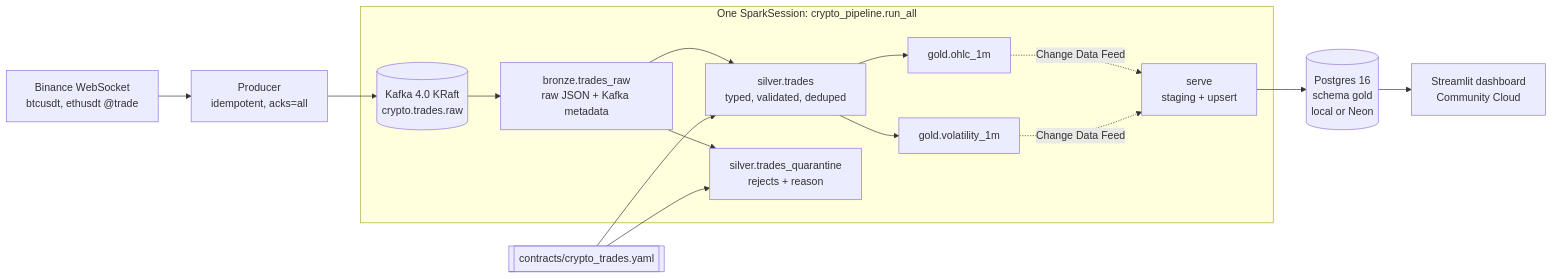
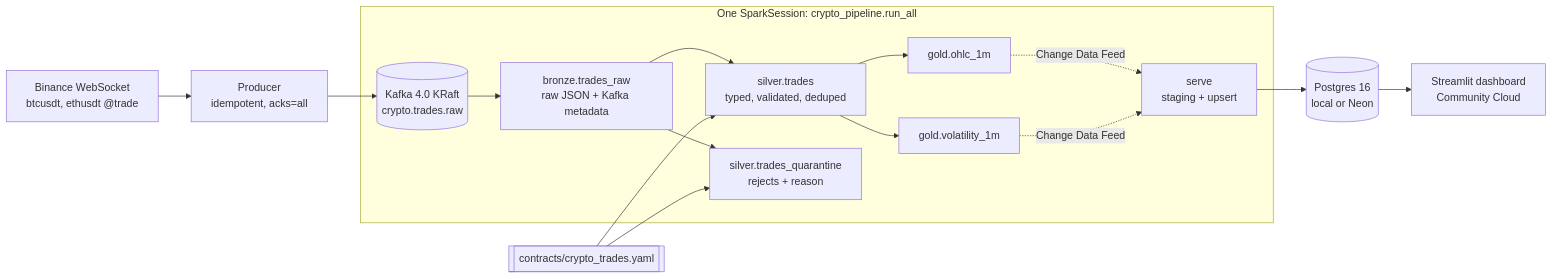
The diagram in README.md (Daudsaid/realtime-crypto-lakehouse), drawn with Mermaid before and after one commit. The commit also changed other lines of this file and 2 other files, not shown here.

````diff
--- a/README.md
+++ b/README.md
@@ -22,20 +41,20 @@
 ```mermaid
 flowchart LR
     WS["Binance WebSocket<br/>btcusdt, ethusdt @trade"] --> PR["Producer<br/>idempotent, acks=all"]
     PR --> KF[("Kafka 4.0 KRaft<br/>crypto.trades.raw")]
 
     subgraph SP["One SparkSession: crypto_pipeline.run_all"]
         KF --> BR["bronze.trades_raw<br/>raw JSON + Kafka metadata"]
         BR --> SI["silver.trades<br/>typed, validated, deduped"]
         BR --> QU["silver.trades_quarantine<br/>rejects + reason"]
         SI --> OH["gold.ohlc_1m"]
         SI --> VO["gold.volatility_1m"]
         OH -. "Change Data Feed" .-> SV["serve<br/>staging + upsert"]
         VO -. "Change Data Feed" .-> SV
     end
 
     CT[["contracts/crypto_trades.yaml"]] --> SI
     CT --> QU
-    SV --> PG[("Postgres 16<br/>schema gold<br/>local or Neon")]
+    SV --> PG[("Postgres 16<br/>local or Neon")]
     PG --> ST["Streamlit dashboard<br/>Community Cloud"]
 ```
````
